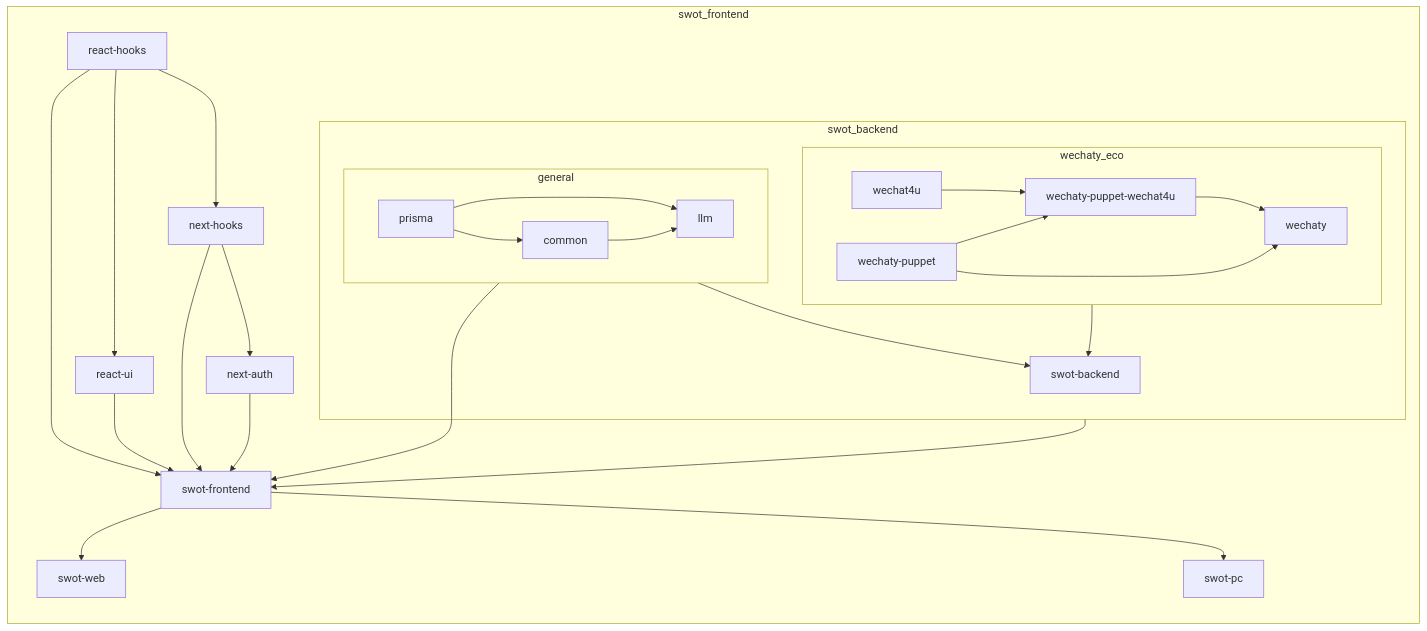
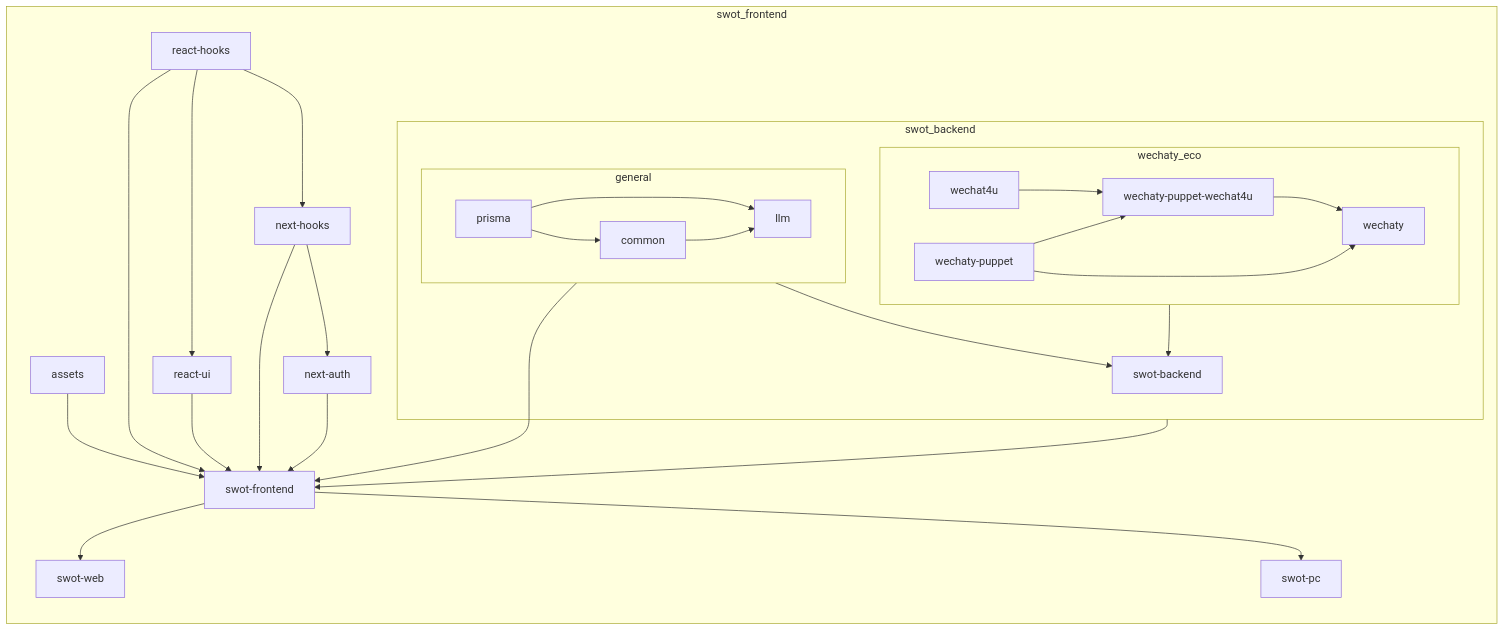
One commit to cs-magic/codebase-ts changed the diagram in README.md. Above: the diagram before and after it, drawn with Mermaid. The commit also changed other lines of this file and 38 other files, not shown here.

````diff
--- a/README.md
+++ b/README.md
@@ -9,28 +9,29 @@
 ```mermaid
 graph LR;
     subgraph general
         prisma --> common & llm;
         common --> llm;
     end
     
     subgraph wechaty_eco
         wechat4u --> wechaty-puppet-wechat4u;
         wechaty-puppet --> wechaty-puppet-wechat4u & wechaty;
         wechaty-puppet-wechat4u --> wechaty;
     end
     
     subgraph swot_backend
         general --> swot-backend;
         wechaty_eco --> swot-backend;
     end
     
     subgraph swot_frontend
+        assets --> swot-frontend;
         general --> swot-frontend;
         swot_backend --> swot-frontend;
         react-hooks --> react-ui & next-hooks & swot-frontend;
         react-ui --> swot-frontend;
         next-hooks --> next-auth & swot-frontend;
         next-auth --> swot-frontend;
         swot-frontend --> swot-web & swot-pc;
     end
 ```
````
